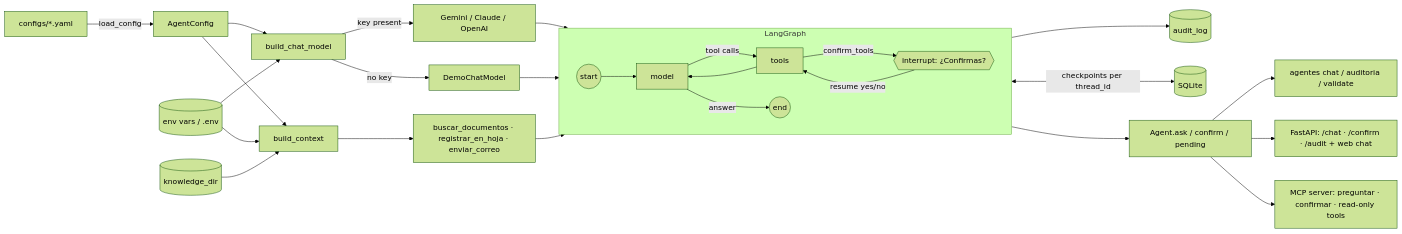
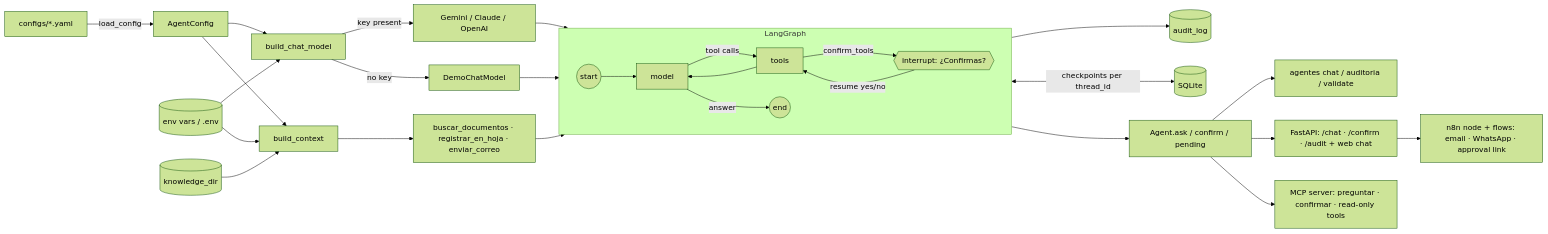
The diagram in docs/architecture.md (ricardoprs76-max/despacho-juridico), drawn with Mermaid (forest theme) before and after one commit. The commit also changed other lines of this file and 2 other files, not shown here.

Commit message:
docs: document the n8n node, flows and docker-compose

````diff
--- a/docs/architecture.md
+++ b/docs/architecture.md
@@ -3,32 +3,33 @@
 ```mermaid
 flowchart LR
     YAML[configs/*.yaml] -->|load_config| CFG[AgentConfig]
     CFG --> FAC[build_chat_model]
     ENV[(env vars / .env)] --> FAC
     FAC -->|key present| REAL[Gemini / Claude / OpenAI]
     FAC -->|no key| DEMO[DemoChatModel]
     CFG --> CTX[build_context]
     DOCS[(knowledge_dir)] --> CTX
     ENV --> CTX
     CTX --> TOOLS[buscar_documentos · registrar_en_hoja · enviar_correo]
 
     subgraph Graph[LangGraph]
         direction LR
         START((start)) --> M[model]
         M -->|tool calls| T[tools]
         T -->|confirm_tools| I{{interrupt: ¿Confirmas?}}
         I -->|resume yes/no| T
         T --> M
         M -->|answer| END((end))
     end
 
     REAL --> M
     DEMO --> M
     TOOLS --> T
     T --> AUD[(audit_log)]
     Graph <-->|checkpoints per thread_id| DB[(SQLite)]
     Graph --> AGENT[Agent.ask / confirm / pending]
     AGENT --> CLI[agentes chat / auditoria / validate]
     AGENT --> API[FastAPI: /chat · /confirm · /audit + web chat]
     AGENT --> MCP[MCP server: preguntar · confirmar · read-only tools]
+    API --> N8N[n8n node + flows: email · WhatsApp · approval link]
 ```
````
